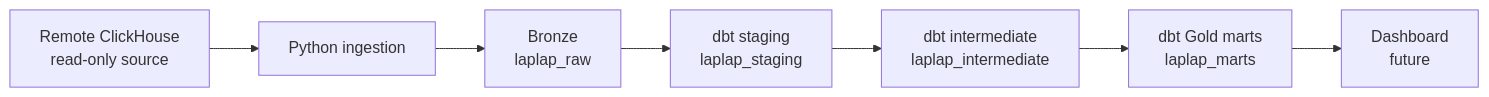
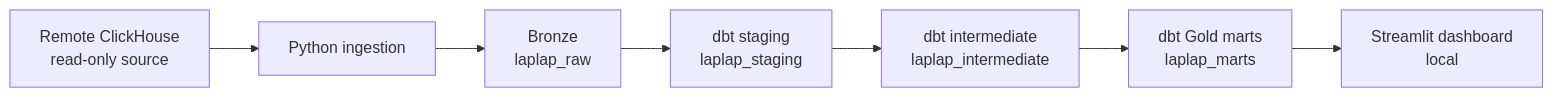
One commit to duckonthemic/laplaptech_data changed the first of 2 diagrams in README.md. Above: the diagram before and after it, drawn with Mermaid. The commit also changed other lines of this file and 7 other files, not shown here.

Commit message:
feat: add local dashboard and data quality reporting

````diff
--- a/README.md
+++ b/README.md
@@ -17,9 +26,9 @@
 ```mermaid
 flowchart LR
     source[Remote ClickHouse<br/>read-only source] --> ingest[Python ingestion]
     ingest --> raw[Bronze<br/>laplap_raw]
     raw --> staging[dbt staging<br/>laplap_staging]
     staging --> intermediate[dbt intermediate<br/>laplap_intermediate]
     intermediate --> marts[dbt Gold marts<br/>laplap_marts]
-    marts --> dashboard[Dashboard<br/>future]
+    marts --> dashboard[Streamlit dashboard<br/>local]
 ```
````
